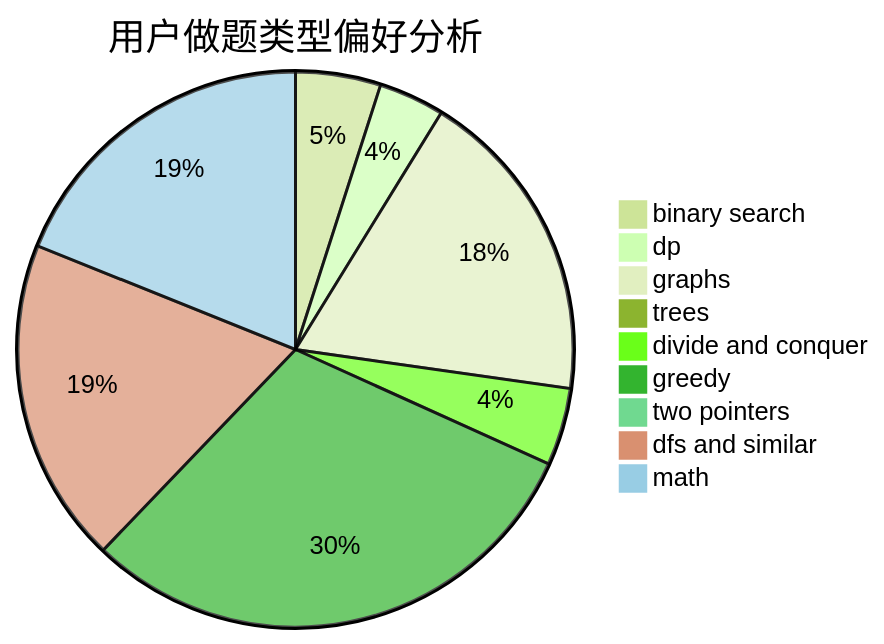
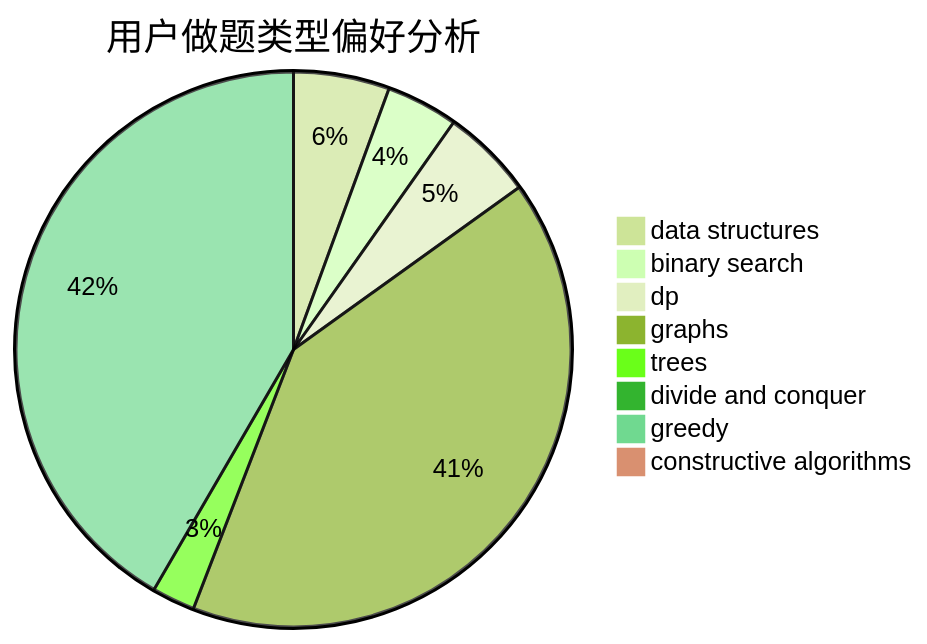
The second of 3 diagrams in docs/user/u66.md (sherpahu/cfrs.github.io), drawn with Mermaid (forest theme) before and after one commit. The commit also changed other lines of this file and 2775 other files, not shown here.

````diff
--- a/docs/user/u66.md
+++ b/docs/user/u66.md
@@ -23,12 +23,11 @@
 ```mermaid
 pie title 用户做题类型偏好分析
-    "binary search" :  44
-    "dp" :  34
-    "graphs" :  164
+    "data structures" :  20
+    "binary search" :  15
+    "dp" :  19
+    "graphs" :  146
     "trees" :  9
-    "divide and conquer" :  40
-    "greedy" :  270
-    "two pointers" :  8
-    "dfs and similar" :  168
-    "math" :  168
+    "divide and conquer" :  0
+    "greedy" :  149
+    "constructive algorithms" :  0
 ```
````
